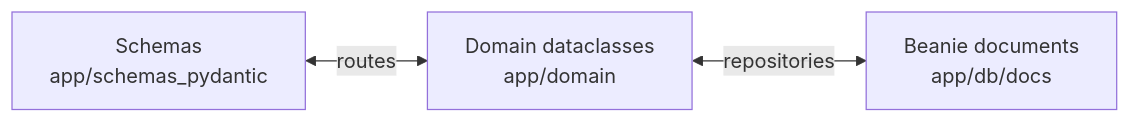
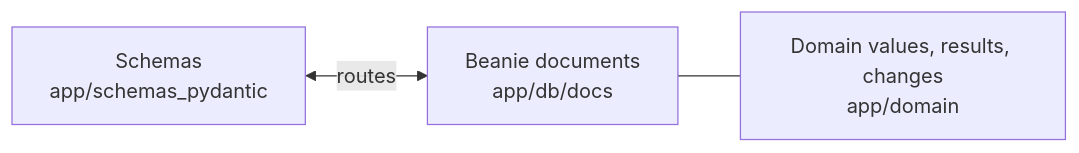
Before and after one commit to HardMax71/Integr8sCode: the diagram in docs/architecture/model-conversion.md, drawn with Mermaid. The commit also changed other lines of this file and 108 other files, not shown here.

First line of the commit message:
refactor: Beanie documents are the entities, with no domain copies or hand-written conversions (#424)

````diff
--- a/docs/architecture/model-conversion.md
+++ b/docs/architecture/model-conversion.md
@@ -5,5 +5,5 @@
 ```mermaid
 graph LR
-    S["Schemas<br/>app/schemas_pydantic"] <-->|routes| D["Domain dataclasses<br/>app/domain"]
-    D <-->|repositories| B["Beanie documents<br/>app/db/docs"]
+    S["Schemas<br/>app/schemas_pydantic"] <-->|routes| B["Beanie documents<br/>app/db/docs"]
+    B --- D["Domain values, results, changes<br/>app/domain"]
 ```
````
